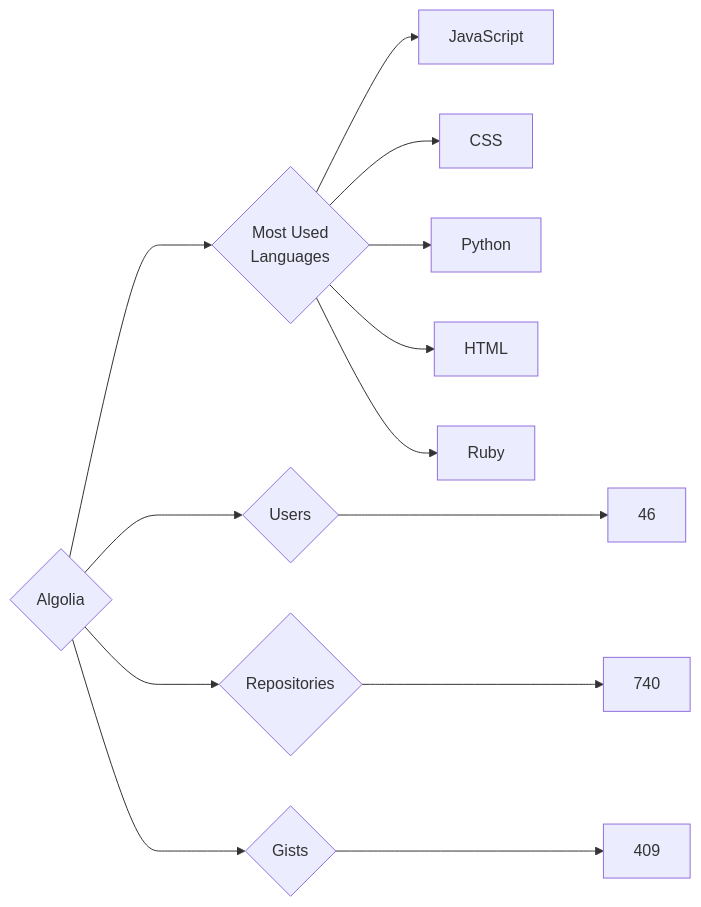
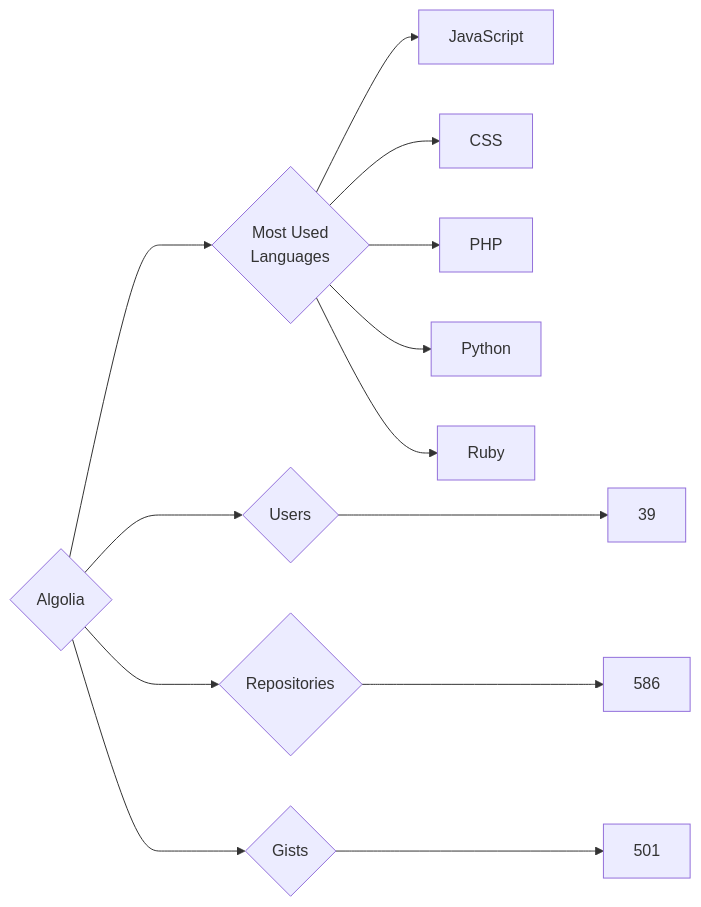
One commit to trickest/insiders changed the diagram in targets/Algolia/README.md. Above: the diagram before and after it, drawn with Mermaid. The commit also changed 823 other files, not shown here.

````diff
--- a/targets/Algolia/README.md
+++ b/targets/Algolia/README.md
@@ -3,13 +3,13 @@
 ```mermaid
 graph LR
 COMPANY_NAME{Algolia}
-COMPANY_NAME ---> U{Users} ---> UN[46]
-COMPANY_NAME ---> R{Repositories} ---> RN[740]
-COMPANY_NAME ---> G{Gists} ---> GN[409]
+COMPANY_NAME ---> U{Users} ---> UN[39]
+COMPANY_NAME ---> R{Repositories} ---> RN[586]
+COMPANY_NAME ---> G{Gists} ---> GN[501]
 COMPANY_NAME ---> ML{Most Used<br>Languages}
 ML --> JavaScript[JavaScript]
 ML --> CSS[CSS]
+ML --> PHP[PHP]
 ML --> Python[Python]
-ML --> HTML[HTML]
 ML --> Ruby[Ruby]
 ```
````
